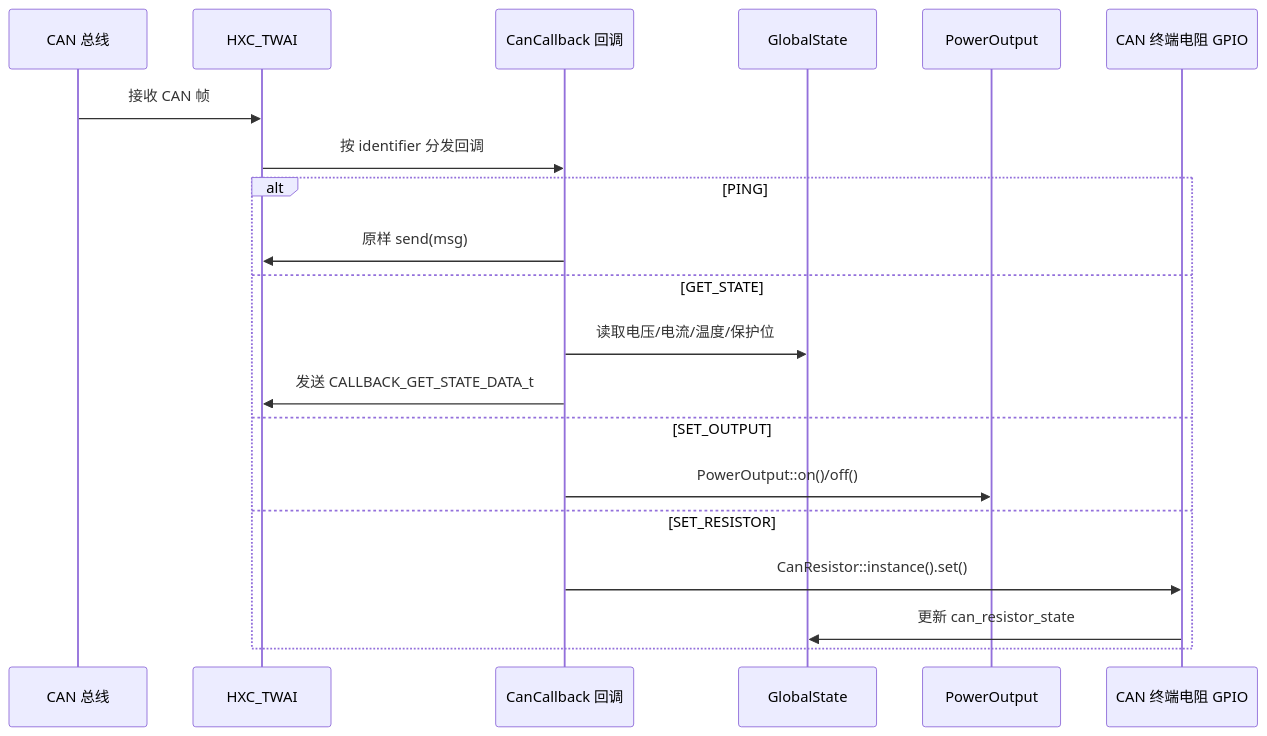
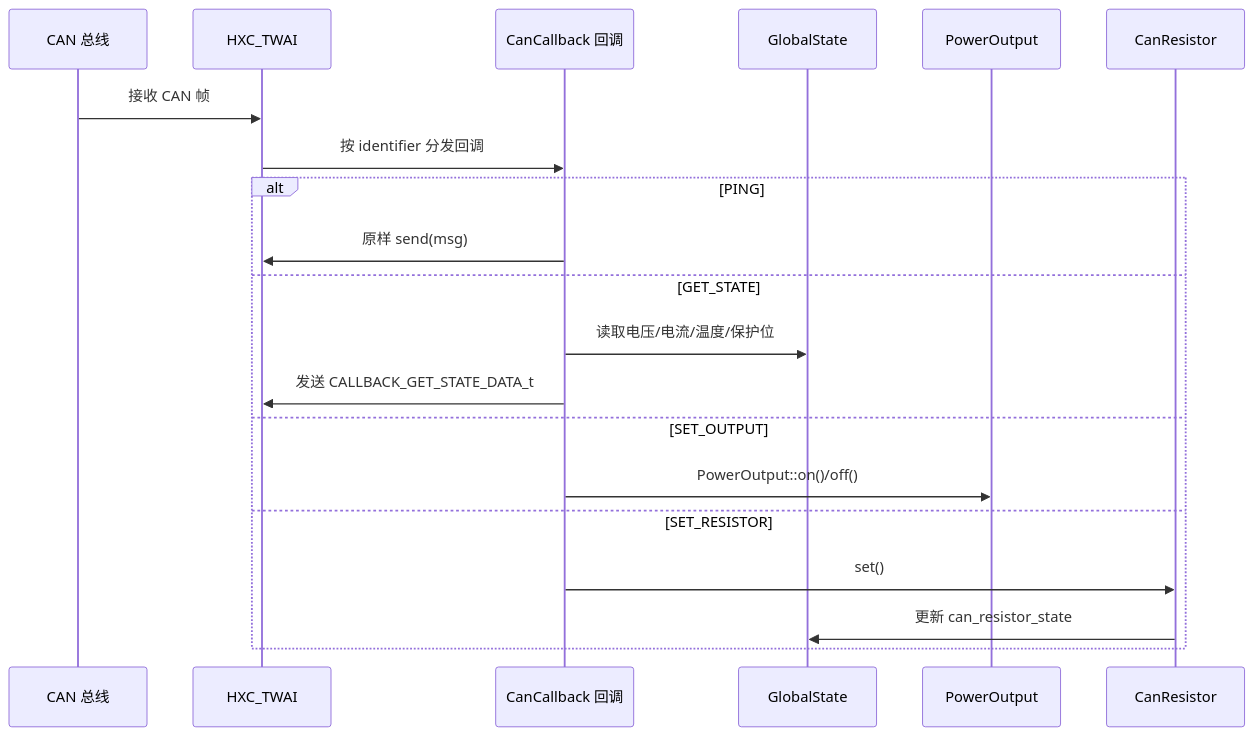
The first of 2 diagrams in components/app/can_callback/README.md (qingmeijiupiao/Wireless_power_meter_lite), drawn with Mermaid before and after one commit. The commit also changed other lines of this file and 13 other files, not shown here.

````diff
--- a/components/app/can_callback/README.md
+++ b/components/app/can_callback/README.md
@@ -16,23 +16,23 @@
 ```mermaid
 sequenceDiagram
     participant Bus as CAN 总线
     participant TWAI as HXC_TWAI
     participant CB as CanCallback 回调
     participant GS as GlobalState
     participant PO as PowerOutput
-    participant GPIO as CAN 终端电阻 GPIO
+    participant CR as CanResistor
 
     Bus->>TWAI: 接收 CAN 帧
     TWAI->>CB: 按 identifier 分发回调
     alt PING
         CB->>TWAI: 原样 send(msg)
     else GET_STATE
         CB->>GS: 读取电压/电流/温度/保护位
         CB->>TWAI: 发送 CALLBACK_GET_STATE_DATA_t
     else SET_OUTPUT
         CB->>PO: PowerOutput::on()/off()
     else SET_RESISTOR
-        CB->>GPIO: CanResistor::instance().set()
-        GPIO->>GS: 更新 can_resistor_state
+        CB->>CR: set()
+        CR->>GS: 更新 can_resistor_state
     end
 ```
````
